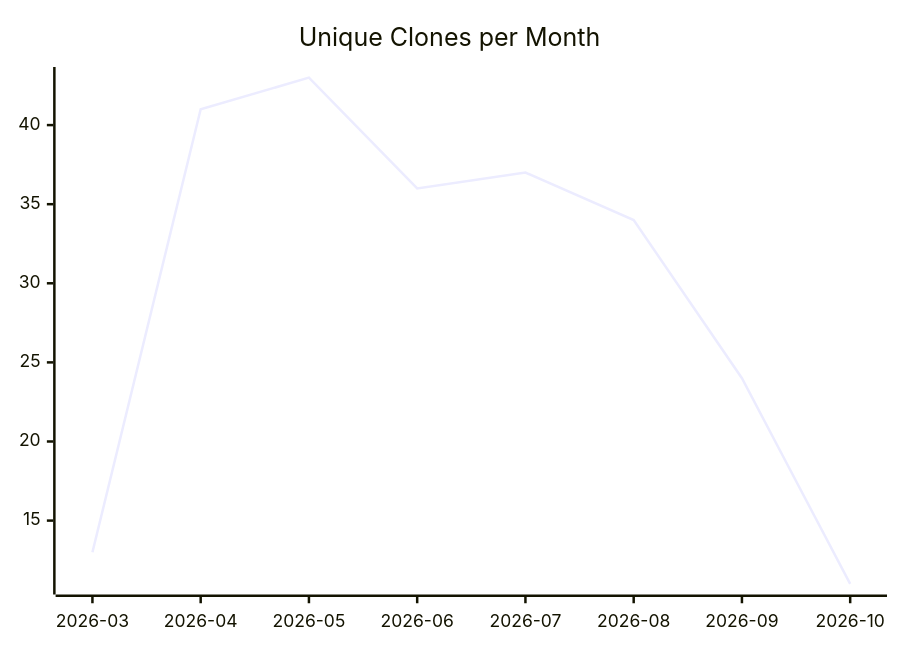
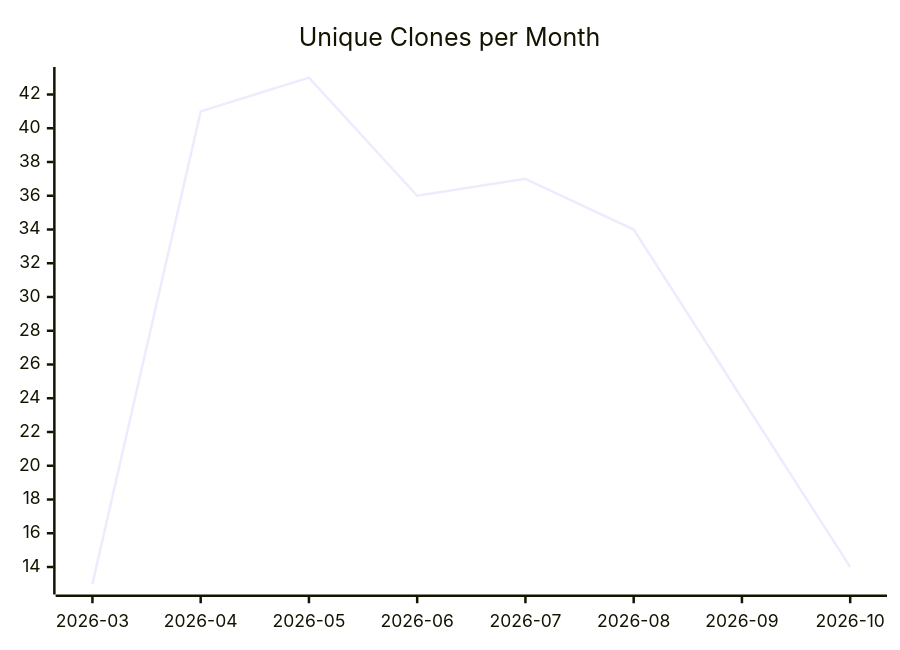
One commit to justdavis-family/github-analytics-data changed the third of 3 diagrams in karlmdavis/usgs-water-api-java/README.md. Above: the diagram before and after it, drawn with Mermaid. The commit also changed other lines of this file and 194 other files, not shown here.

````diff
--- a/karlmdavis/usgs-water-api-java/README.md
+++ b/karlmdavis/usgs-water-api-java/README.md
@@ -19,6 +19,6 @@
 ```mermaid
 xychart-beta
   title "Unique Clones per Month"
   x-axis ["2026-03", "2026-04", "2026-05", "2026-06", "2026-07", "2026-08", "2026-09", "2026-10"]
-  line [13, 41, 43, 36, 37, 34, 24, 11]
+  line [13, 41, 43, 36, 37, 34, 24, 14]
 ```
````
